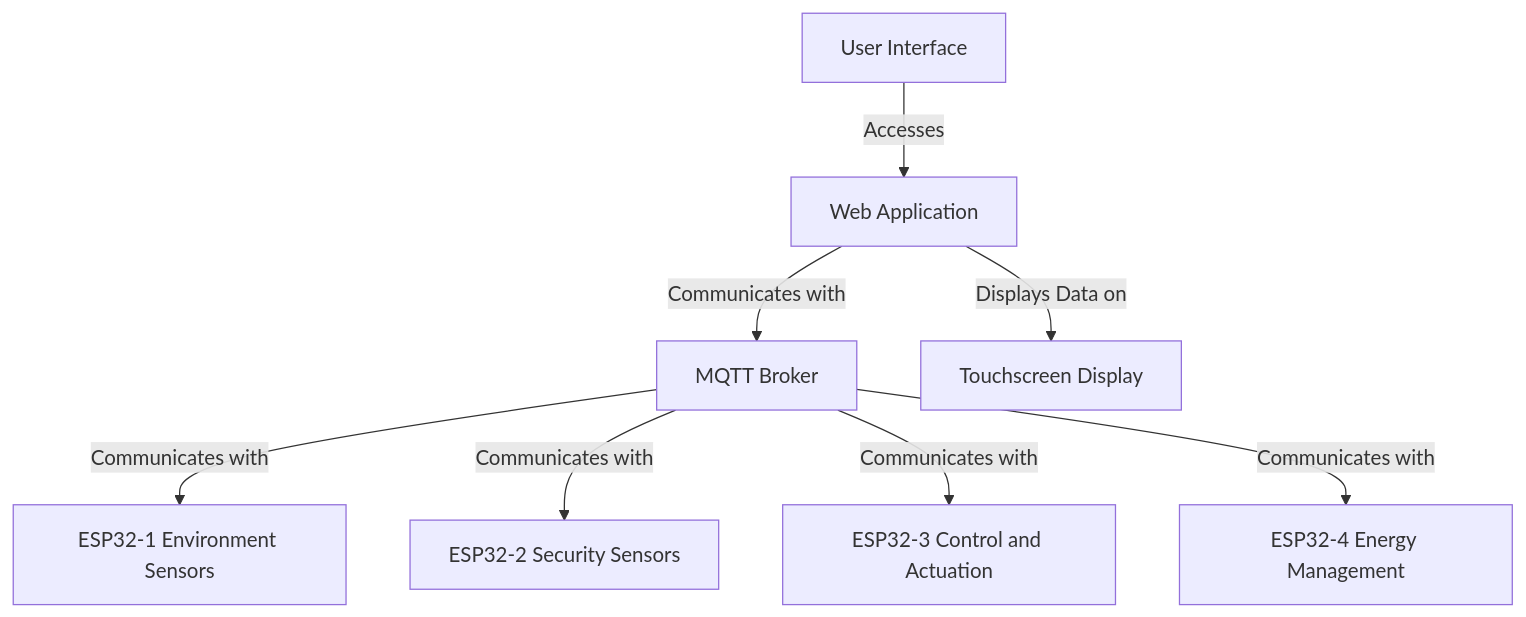
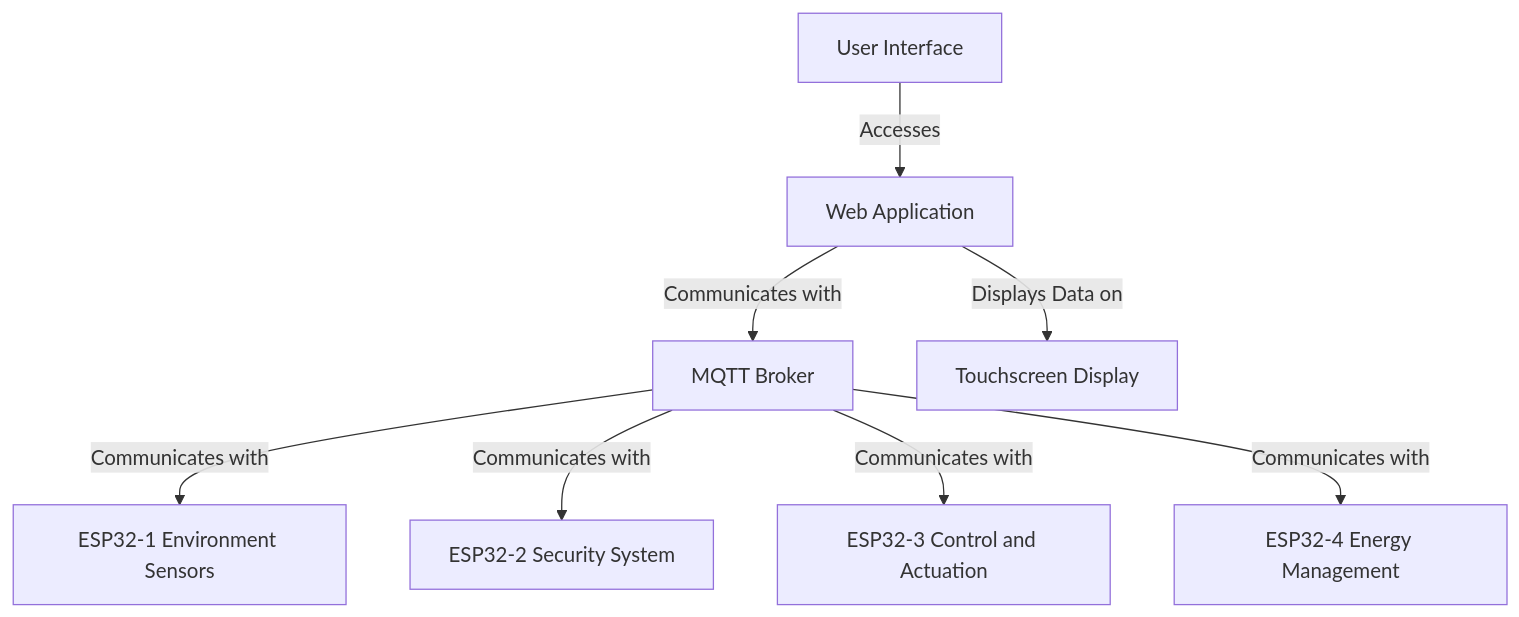
The diagram in docs/system-architecture/high-level-diagram.md (JGZimek/Smarthome_project), drawn with Mermaid before and after one commit. The commit also changed 3 other files, not shown here.

Commit message:
ESP32-security submodule added

````diff
--- a/docs/system-architecture/high-level-diagram.md
+++ b/docs/system-architecture/high-level-diagram.md
@@ -3,10 +3,10 @@
 ```mermaid
 graph TD
     UI[User Interface] -->|Accesses| WebApp[Web Application]
     WebApp -->|Communicates with| MQTT[MQTT Broker]
     WebApp -->|Displays Data on| Display[Touchscreen Display]
     MQTT -->|Communicates with| ESP1[ESP32-1 Environment Sensors]
-    MQTT -->|Communicates with| ESP2[ESP32-2 Security Sensors]
+    MQTT -->|Communicates with| ESP2[ESP32-2 Security System]
     MQTT -->|Communicates with| ESP3[ESP32-3 Control and Actuation]
     MQTT -->|Communicates with| ESP4[ESP32-4 Energy Management]
 ```
````
